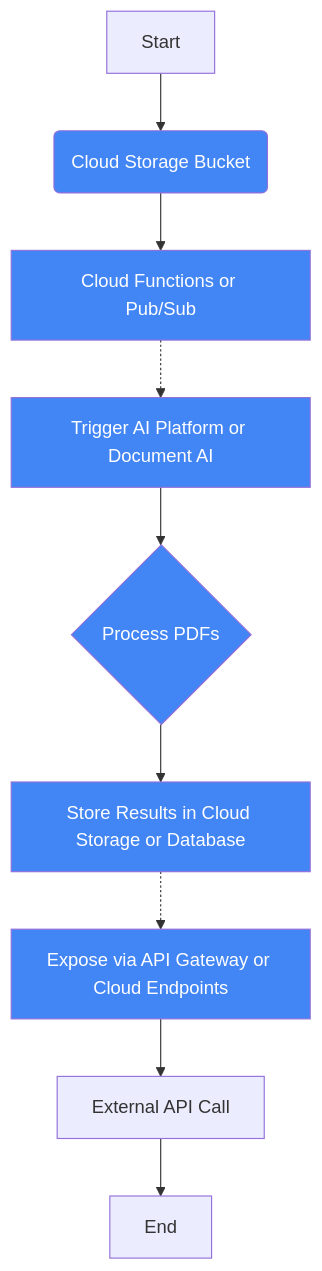
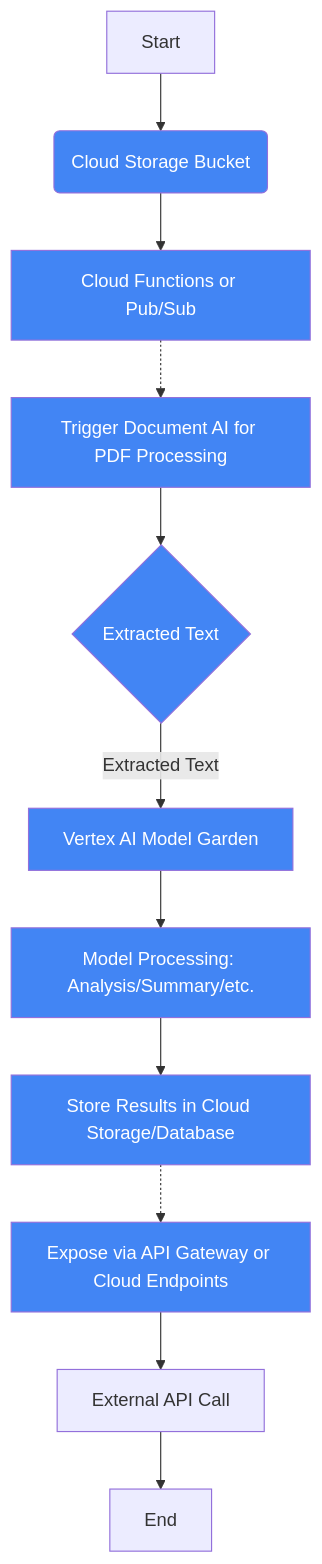
The diagram in README.md (Alberto-Codes/gcp_ai_pipeline), drawn with Mermaid before and after one commit.

Commit message:
feat(docs): update README with GCP-native AI services flow diagram
Revise the project documentation to include an updated Mermaid diagram illustrating the end-to-end process of PDF processing within GCP, using Document AI for text extraction and Vertex AI for further analysis. This update clarifies the workflow and integration of GCP's AI capabilities directly in the README.md, enhancing understanding of the system's architecture and capabilities.

````diff
--- a/README.md
+++ b/README.md
@@ -31,15 +31,18 @@
 ```mermaid
 graph TD
     A[Start] --> B(Cloud Storage Bucket)
     B --> C[Cloud Functions or Pub/Sub]
-    C -.-> D[Trigger AI Platform or Document AI]
-    D --> E{Process PDFs}
-    E --> F[Store Results in Cloud Storage or Database]
-    F -.-> G[Expose via API Gateway or Cloud Endpoints]
-    G --> H[External API Call]
-    H --> I[End]
+    C -.-> D[Trigger Document AI for PDF Processing]
+    D --> E{Extracted Text}
+    E -->|Extracted Text| F[Vertex AI Model Garden]
+    F --> G[Model Processing: Analysis/Summary/etc.]
+    G --> H[Store Results in Cloud Storage/Database]
+    H -.-> I[Expose via API Gateway or Cloud Endpoints]
+    I --> J[External API Call]
+    J --> K[End]
 
     classDef gcp fill:#4285f4,color:#fff;
-    class B,C,D,E,F,G gcp;
+    class B,C,D,E,F,G,H,I gcp;
+
 
 ```
````
